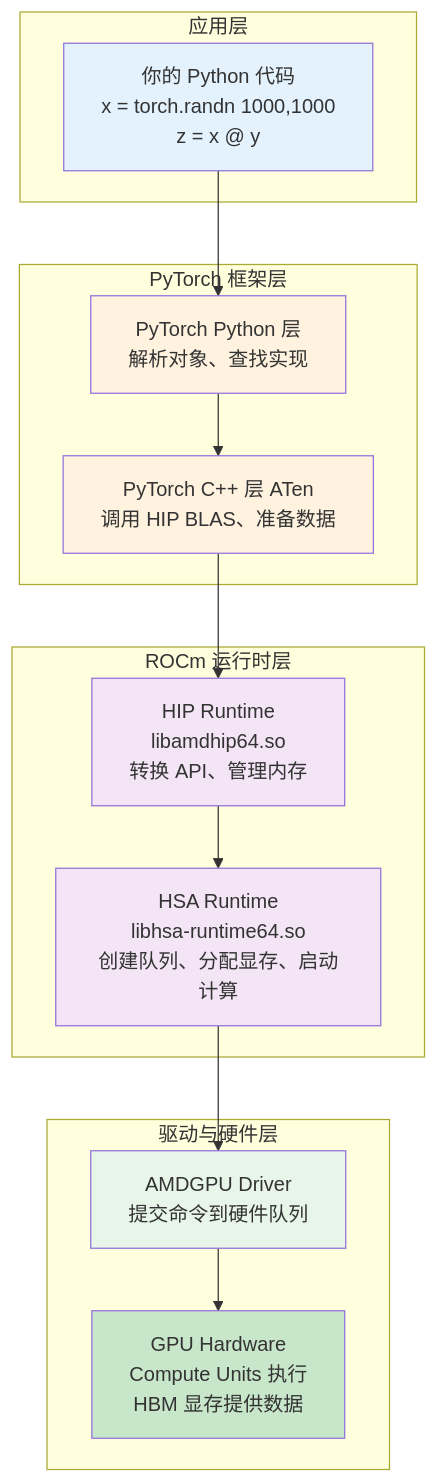
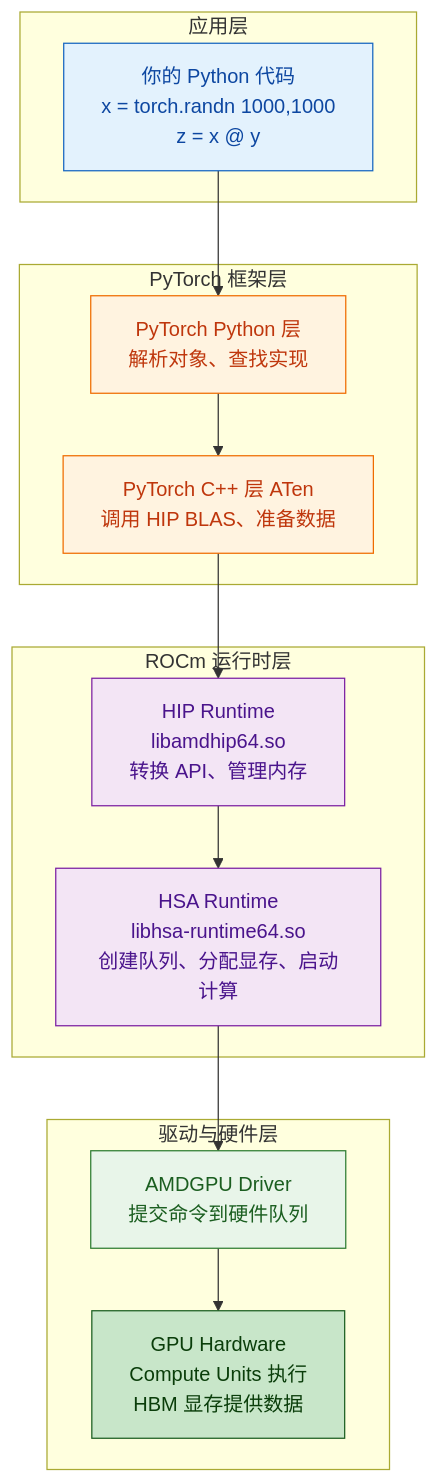
Before and after one commit to datawhalechina/hello-rocm: the first of 2 diagrams in docs/zh/03-infra/decode-ai-accelerator.md, drawn with Mermaid. The commit also changed other lines of this file and 12 other files, not shown here.

````diff
--- a/docs/zh/03-infra/decode-ai-accelerator.md
+++ b/docs/zh/03-infra/decode-ai-accelerator.md
@@ -91,36 +82,40 @@
 ```mermaid
 graph TB
     subgraph "应用层"
         A1[你的 Python 代码<br/>x = torch.randn 1000,1000<br/>z = x @ y]
     end
 
     subgraph "PyTorch 框架层"
         B1[PyTorch Python 层<br/>解析对象、查找实现]
         B2[PyTorch C++ 层 ATen<br/>调用 HIP BLAS、准备数据]
     end
 
     subgraph "ROCm 运行时层"
         C1[HIP Runtime<br/>libamdhip64.so<br/>转换 API、管理内存]
         C2[HSA Runtime<br/>libhsa-runtime64.so<br/>创建队列、分配显存、启动计算]
     end
 
     subgraph "驱动与硬件层"
         D1[AMDGPU Driver<br/>提交命令到硬件队列]
         D2[GPU Hardware<br/>Compute Units 执行<br/>HBM 显存提供数据]
     end
 
     A1 --> B1
     B1 --> B2
     B2 --> C1
     C1 --> C2
     C2 --> D1
     D1 --> D2
 
-    style A1 fill:#e3f2fd
-    style B1 fill:#fff3e0
-    style B2 fill:#fff3e0
-    style C1 fill:#f3e5f5
-    style C2 fill:#f3e5f5
-    style D1 fill:#e8f5e9
-    style D2 fill:#c8e6c9
+    classDef layer-framework fill:#e3f2fd,stroke:#1565c0,stroke-width:1px,color:#0d47a1
+    classDef layer-interface fill:#fff3e0,stroke:#ef6c00,stroke-width:1px,color:#bf360c
+    classDef layer-library fill:#f3e5f5,stroke:#7b1fa2,stroke-width:1px,color:#4a148c
+    classDef layer-driver fill:#e8f5e9,stroke:#2e7d32,stroke-width:1px,color:#1b5e20
+    classDef layer-hardware fill:#c8e6c9,stroke:#1b5e20,stroke-width:1px,color:#0a3d0a
+
+    class A1 layer-framework
+    class B1,B2 layer-interface
+    class C1,C2 layer-library
+    class D1 layer-driver
+    class D2 layer-hardware
 ```
````
